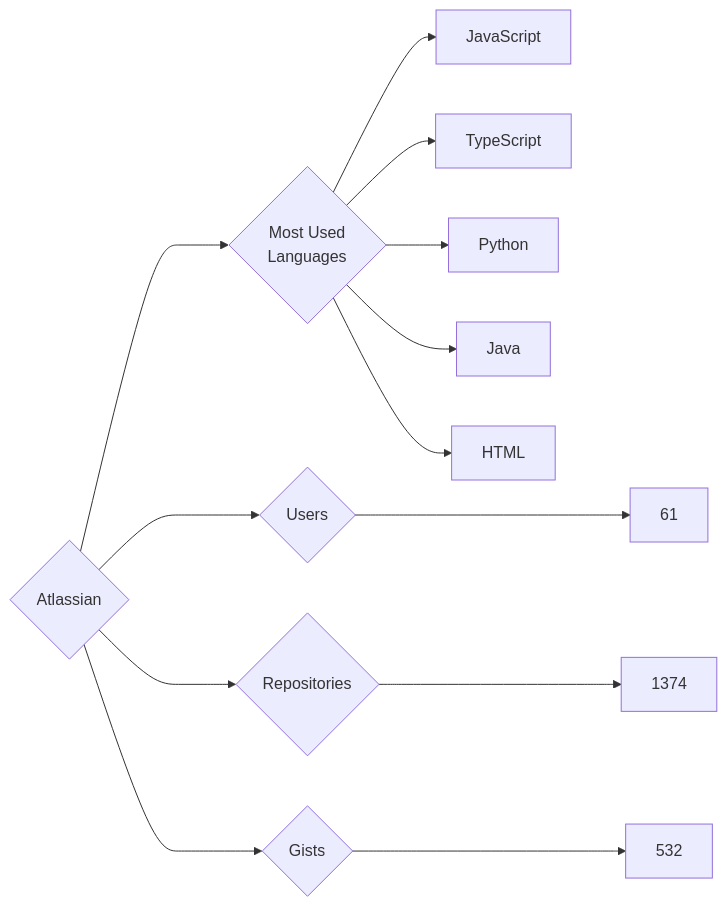
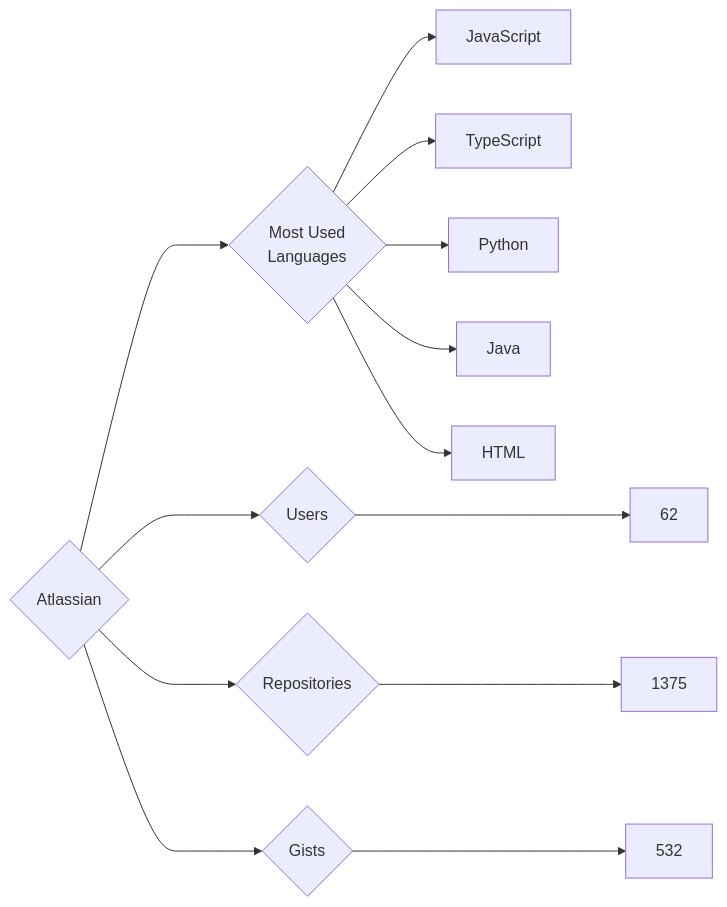
Before and after one commit to trickest/insiders: the diagram in targets/Atlassian/README.md, drawn with Mermaid. The commit also changed 644 other files, not shown here.

````diff
--- a/targets/Atlassian/README.md
+++ b/targets/Atlassian/README.md
@@ -3,13 +3,13 @@
 ```mermaid
 graph LR
 COMPANY_NAME{Atlassian}
-COMPANY_NAME ---> U{Users} ---> UN[61]
-COMPANY_NAME ---> R{Repositories} ---> RN[1374]
+COMPANY_NAME ---> U{Users} ---> UN[62]
+COMPANY_NAME ---> R{Repositories} ---> RN[1375]
 COMPANY_NAME ---> G{Gists} ---> GN[532]
 COMPANY_NAME ---> ML{Most Used<br>Languages}
 ML --> JavaScript[JavaScript]
 ML --> TypeScript[TypeScript]
 ML --> Python[Python]
 ML --> Java[Java]
 ML --> HTML[HTML]
 ```
````
